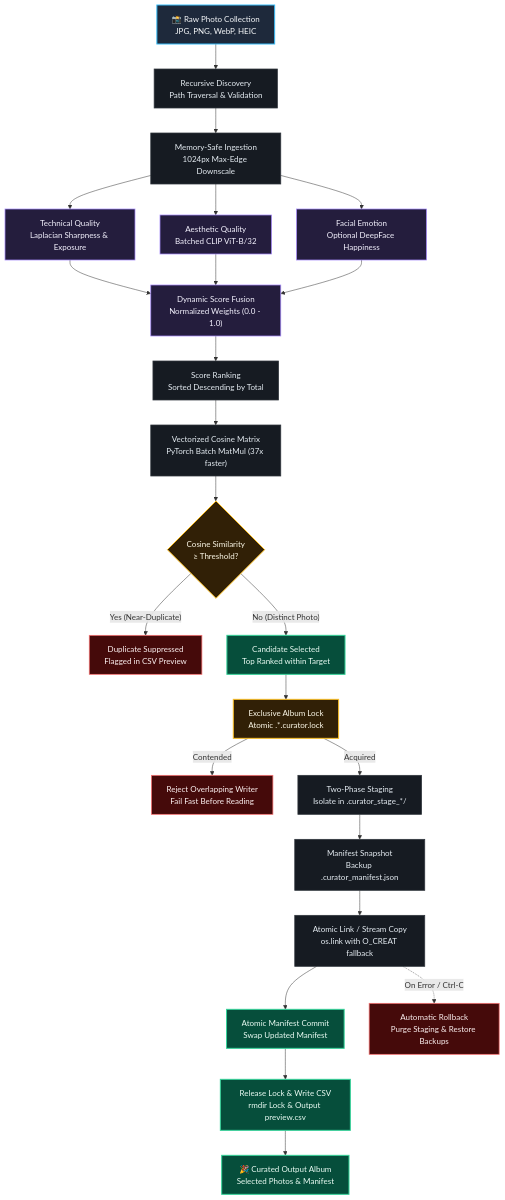
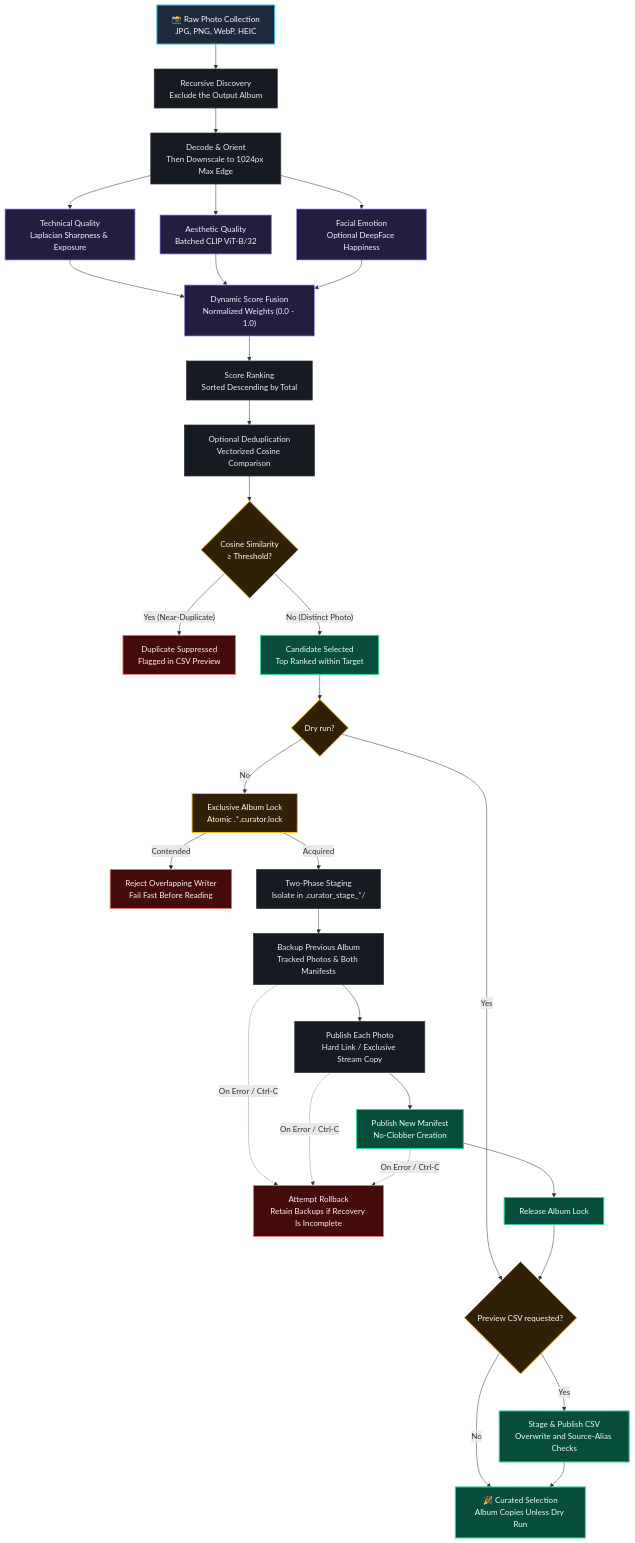
Before and after one commit to bhargavkukadiya/ai-photo-curator: the diagram in README.md, drawn with Mermaid. The commit also changed other lines of this file and 24 other files, not shown here.

````diff
--- a/README.md
+++ b/README.md
@@ -53,50 +59,57 @@
 ```mermaid
 flowchart TD
     %% Ingestion Stage
-    RAW["📸 Raw Photo Collection<br/>JPG, PNG, WebP, HEIC"] --> DISCOVERY["Recursive Discovery<br/>Path Traversal & Validation"]
-    DISCOVERY --> RESIZE["Memory-Safe Ingestion<br/>1024px Max-Edge Downscale"]
+    RAW["📸 Raw Photo Collection<br/>JPG, PNG, WebP, HEIC"] --> DISCOVERY["Recursive Discovery<br/>Exclude the Output Album"]
+    DISCOVERY --> RESIZE["Decode & Orient<br/>Then Downscale to 1024px Max Edge"]
 
     %% Scoring Stage
     RESIZE --> TECH["Technical Quality<br/>Laplacian Sharpness & Exposure"]
     RESIZE --> AES["Aesthetic Quality<br/>Batched CLIP ViT-B/32"]
     RESIZE --> EMO["Facial Emotion<br/>Optional DeepFace Happiness"]
 
     TECH --> FUSION["Dynamic Score Fusion<br/>Normalized Weights (0.0 - 1.0)"]
     AES --> FUSION
     EMO --> FUSION
 
     %% Selection Stage
     FUSION --> RANK["Score Ranking<br/>Sorted Descending by Total"]
-    RANK --> DEDUP["Vectorized Cosine Matrix<br/>PyTorch Batch MatMul (37x faster)"]
+    RANK --> DEDUP["Optional Deduplication<br/>Vectorized Cosine Comparison"]
     DEDUP --> CHECK{"Cosine Similarity<br/>&ge; Threshold?"}
 
     CHECK -- "Yes (Near-Duplicate)" --> SUPPRESS["Duplicate Suppressed<br/>Flagged in CSV Preview"]
     CHECK -- "No (Distinct Photo)" --> SELECT["Candidate Selected<br/>Top Ranked within Target"]
 
     %% Storage Stage
-    SELECT --> LOCK["Exclusive Album Lock<br/>Atomic .*.curator.lock"]
+    SELECT --> DRYRUN{"Dry run?"}
+    DRYRUN -- "Yes" --> CSV
+    DRYRUN -- "No" --> LOCK["Exclusive Album Lock<br/>Atomic .*.curator.lock"]
     LOCK -- "Contended" --> REJECT["Reject Overlapping Writer<br/>Fail Fast Before Reading"]
     LOCK -- "Acquired" --> STAGE["Two-Phase Staging<br/>Isolate in .curator_stage_*/"]
-    STAGE --> BACKUP["Manifest Snapshot<br/>Backup .curator_manifest.json"]
-    BACKUP --> COMMIT["Atomic Link / Stream Copy<br/>os.link with O_CREAT fallback"]
+    STAGE --> BACKUP["Backup Previous Album<br/>Tracked Photos & Both Manifests"]
+    BACKUP --> COMMIT["Publish Each Photo<br/>Hard Link / Exclusive Stream Copy"]
 
-    COMMIT --> MANIFEST["Atomic Manifest Commit<br/>Swap Updated Manifest"]
-    COMMIT -. "On Error / Ctrl-C" .-> ROLLBACK["Automatic Rollback<br/>Purge Staging & Restore Backups"]
+    COMMIT --> MANIFEST["Publish New Manifest<br/>No-Clobber Creation"]
+    BACKUP -. "On Error / Ctrl-C" .-> ROLLBACK["Attempt Rollback<br/>Retain Backups if Recovery Is Incomplete"]
+    COMMIT -. "On Error / Ctrl-C" .-> ROLLBACK
+    MANIFEST -. "On Error / Ctrl-C" .-> ROLLBACK
 
-    MANIFEST --> UNLOCK["Release Lock & Write CSV<br/>rmdir Lock & Output preview.csv"]
-    UNLOCK --> OUT["🎉 Curated Output Album<br/>Selected Photos & Manifest"]
+    MANIFEST --> UNLOCK["Release Album Lock"]
+    UNLOCK --> CSV{"Preview CSV requested?"}
+    CSV -- "Yes" --> REPORT["Stage & Publish CSV<br/>Overwrite and Source-Alias Checks"]
+    CSV -- "No" --> OUT["🎉 Curated Selection<br/>Album Copies Unless Dry Run"]
+    REPORT --> OUT
 
     %% Modern Theme Styling
     classDef default fill:#161b22,stroke:#30363d,stroke-width:1.5px,color:#e6edf3;
     classDef source fill:#1e293b,stroke:#38bdf8,stroke-width:2px,color:#f8fafc;
     classDef scoring fill:#241d3d,stroke:#a78bfa,stroke-width:1.5px,color:#f5f3ff;
     classDef decision fill:#312006,stroke:#fbbf24,stroke-width:2px,color:#fffbeb;
     classDef success fill:#064e3b,stroke:#34d399,stroke-width:2px,color:#ecfdf5;
     classDef failure fill:#450a0a,stroke:#f87171,stroke-width:1.5px,color:#fef2f2;
 
     class RAW source;
     class TECH,AES,EMO,FUSION scoring;
-    class CHECK,LOCK decision;
-    class SELECT,MANIFEST,UNLOCK,OUT success;
+    class CHECK,LOCK,DRYRUN,CSV decision;
+    class SELECT,MANIFEST,UNLOCK,REPORT,OUT success;
     class SUPPRESS,REJECT,ROLLBACK failure;
 ```
````
